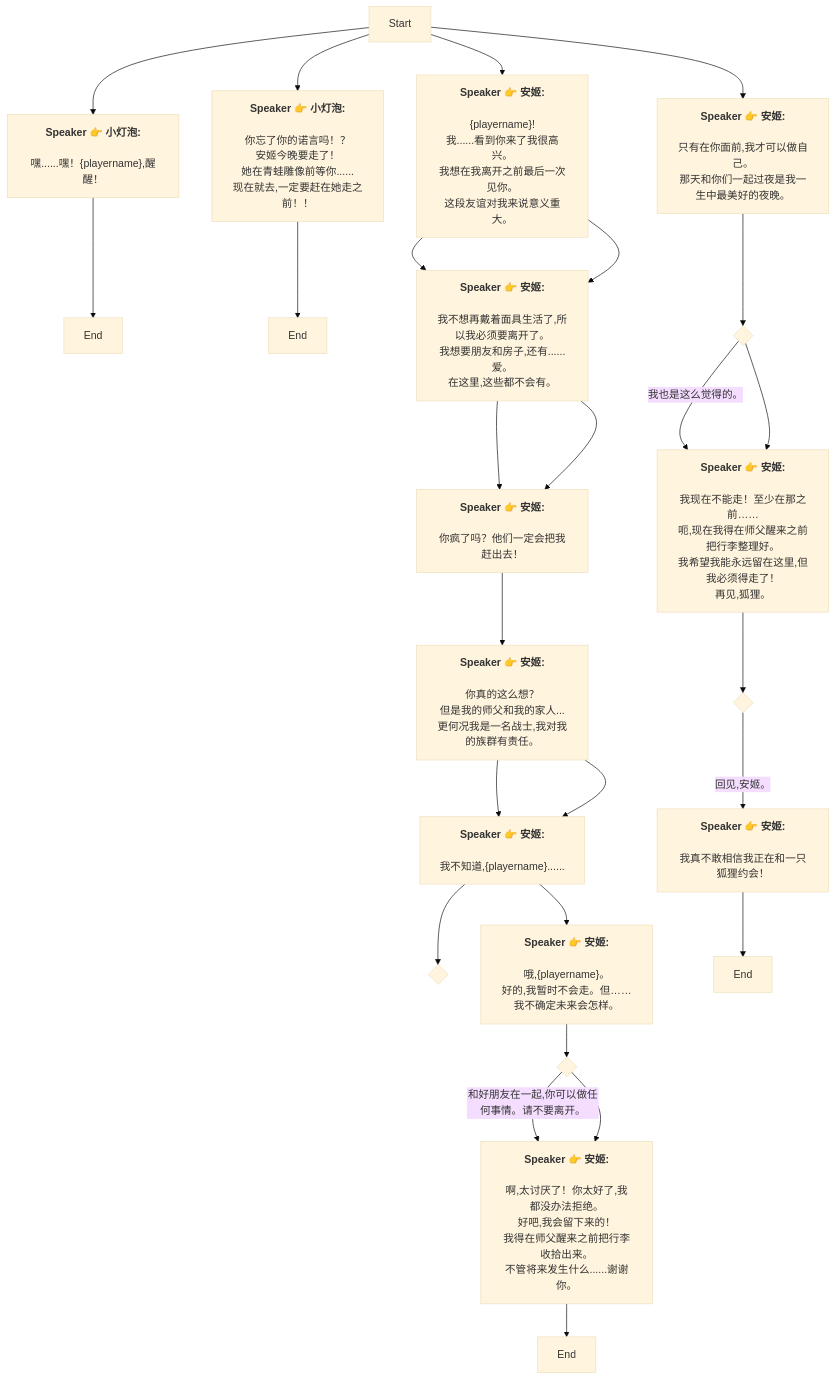
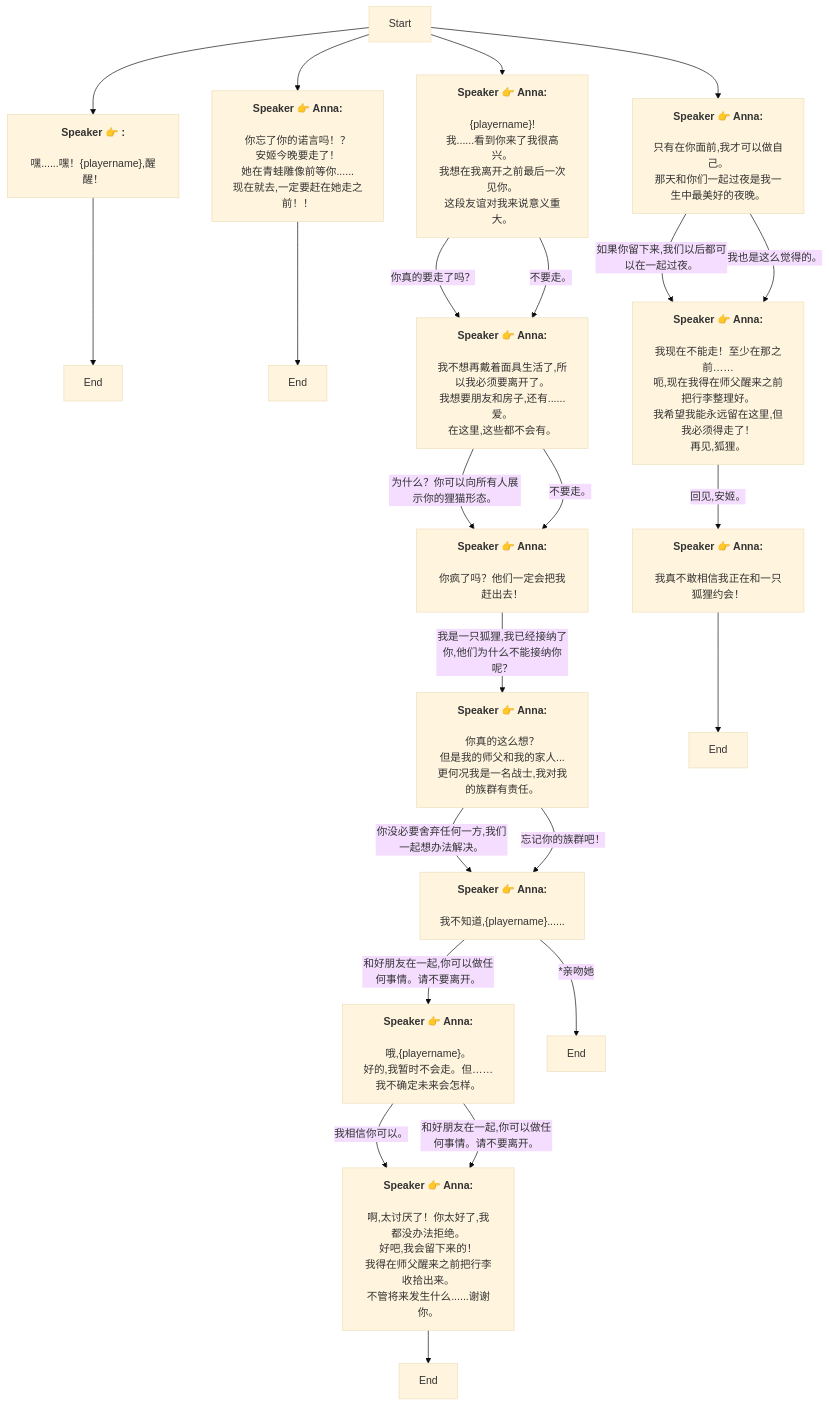
One commit to SoftHu/tos_avg changed the diagram in Zh/heart_4_6_2_9.md. Above: the diagram before and after it, drawn with Mermaid (base theme). The commit also changed 737 other files, not shown here.

````diff
--- a/Zh/heart_4_6_2_9.md
+++ b/Zh/heart_4_6_2_9.md
@@ -1,89 +1,45 @@
 ```mermaid
 graph
-Start -->1766672157337891[<b>Speaker 👉 小灯泡:</b>
-
-嘿......嘿！&lbrace;playername&rbrace;,醒醒！]
+Start -->1766672157337891[<b>Speaker 👉 :</b>
+\n嘿......嘿！&lbrace;playername&rbrace;,醒醒！]
 1766672157337891 -->1766681055228200[End]
-Start -->1766681208037674[<b>Speaker 👉 小灯泡:</b>
-
-你忘了你的诺言吗！？
-安姬今晚要走了！
-她在青蛙雕像前等你......
-现在就去,一定要赶在她走之前！！]
+Start -->1766681208037674[<b>Speaker 👉 Anna:</b>
+\n你忘了你的诺言吗！？\n安姬今晚要走了！\n她在青蛙雕像前等你......\n现在就去,一定要赶在她走之前！！]
 1766681208037674 -->1766685341910398[End]
-Start -->1766681352883506[<b>Speaker 👉 安姬:</b>
-
-&lbrace;playername&rbrace;!
-我......看到你来了我很高兴。
-我想在我离开之前最后一次见你。
-这段友谊对我来说意义重大。]
-1766681352883506 -->1766686399488482[<b>Speaker 👉 安姬:</b>
-
-我不想再戴着面具生活了,所以我必须要离开了。
-我想要朋友和房子,还有......爱。
-在这里,这些都不会有。]
-1766681352883506 -->1766686399488482[<b>Speaker 👉 安姬:</b>
-
-我不想再戴着面具生活了,所以我必须要离开了。
-我想要朋友和房子,还有......爱。
-在这里,这些都不会有。]
-1766686399488482 -->1766686528492008[<b>Speaker 👉 安姬:</b>
-
-你疯了吗？他们一定会把我赶出去！]
-1766686399488482 -->1766686528492008[<b>Speaker 👉 安姬:</b>
-
-你疯了吗？他们一定会把我赶出去！]
-1766686528492008 -->1766686621164014[<b>Speaker 👉 安姬:</b>
-
-你真的这么想？
-但是我的师父和我的家人...
-更何况我是一名战士,我对我的族群有责任。]
-1766686621164014 -->1766686682965492[<b>Speaker 👉 安姬:</b>
-
-我不知道,&lbrace;playername&rbrace;......]
-1766686621164014 -->1766686682965492[<b>Speaker 👉 安姬:</b>
-
-我不知道,&lbrace;playername&rbrace;......]
-1766686682965492 -->1766686720384506{ }
-1766686682965492 -->1766686745538043[<b>Speaker 👉 安姬:</b>
-
-哦,&lbrace;playername&rbrace;。
-好的,我暂时不会走。但……我不确定未来会怎样。]
-1766686745538043 -->1766686774106624{ }
-1766686774106624 -->|和好朋友在一起,你可以做任何事情。请不要离开。|1766686821873154[<b>Speaker 👉 安姬:</b>
-
-啊,太讨厌了！你太好了,我都没办法拒绝。
-好吧,我会留下来的！
-我得在师父醒来之前把行李收拾出来。
-不管将来发生什么......谢谢你。]
-1766686774106624 -->1766686821873154[<b>Speaker 👉 安姬:</b>
-
-啊,太讨厌了！你太好了,我都没办法拒绝。
-好吧,我会留下来的！
-我得在师父醒来之前把行李收拾出来。
-不管将来发生什么......谢谢你。]
+Start -->1766681352883506[<b>Speaker 👉 Anna:</b>
+\n&lbrace;playername&rbrace;!\n我......看到你来了我很高兴。\n我想在我离开之前最后一次见你。\n这段友谊对我来说意义重大。]
+1766681352883506 -->|你真的要走了吗？|1766686399488482[<b>Speaker 👉 Anna:</b>
+\n我不想再戴着面具生活了,所以我必须要离开了。\n我想要朋友和房子,还有......爱。\n在这里,这些都不会有。]
+1766681352883506 -->|不要走。|1766686399488482[<b>Speaker 👉 Anna:</b>
+\n我不想再戴着面具生活了,所以我必须要离开了。\n我想要朋友和房子,还有......爱。\n在这里,这些都不会有。]
+1766686399488482 -->|为什么？你可以向所有人展示你的狸猫形态。|1766686528492008[<b>Speaker 👉 Anna:</b>
+\n你疯了吗？他们一定会把我赶出去！]
+1766686399488482 -->|不要走。|1766686528492008[<b>Speaker 👉 Anna:</b>
+\n你疯了吗？他们一定会把我赶出去！]
+1766686528492008 -->|我是一只狐狸,我已经接纳了你,他们为什么不能接纳你呢？|1766686621164014[<b>Speaker 👉 Anna:</b>
+\n你真的这么想？\n但是我的师父和我的家人...\n更何况我是一名战士,我对我的族群有责任。]
+1766686621164014 -->|你没必要舍弃任何一方,我们一起想办法解决。|1766686682965492[<b>Speaker 👉 Anna:</b>
+\n我不知道,&lbrace;playername&rbrace;......]
+1766686621164014 -->|忘记你的族群吧！|1766686682965492[<b>Speaker 👉 Anna:</b>
+\n我不知道,&lbrace;playername&rbrace;......]
+1766686682965492 -->|和好朋友在一起,你可以做任何事情。请不要离开。|1766686745538043[<b>Speaker 👉 Anna:</b>
+\n哦,&lbrace;playername&rbrace;。\n好的,我暂时不会走。但……我不确定未来会怎样。]
+1766686682965492 -->|*亲吻她|1766686807014913[End]
+1766686745538043 -->|我相信你可以。|1766686821873154[<b>Speaker 👉 Anna:</b>
+\n啊,太讨厌了！你太好了,我都没办法拒绝。\n好吧,我会留下来的！\n我得在师父醒来之前把行李收拾出来。\n不管将来发生什么......谢谢你。]
+1766686745538043 -->|和好朋友在一起,你可以做任何事情。请不要离开。|1766686821873154[<b>Speaker 👉 Anna:</b>
+\n啊,太讨厌了！你太好了,我都没办法拒绝。\n好吧,我会留下来的！\n我得在师父醒来之前把行李收拾出来。\n不管将来发生什么......谢谢你。]
 1766686821873154 -->1766686858170883[End]
-Start -->1766686900719109[<b>Speaker 👉 安姬:</b>
-
-只有在你面前,我才可以做自己。
-那天和你们一起过夜是我一生中最美好的夜晚。]
-1766686900719109 -->1766686927494666{ }
-1766686927494666 -->|我也是这么觉得的。|1766686953551371[<b>Speaker 👉 安姬:</b>
-
-我现在不能走！至少在那之前……
-呃,现在我得在师父醒来之前把行李整理好。
-我希望我能永远留在这里,但我必须得走了！
+Start -->1766686900719109[<b>Speaker 👉 Anna:</b>
+\n只有在你面前,我才可以做自己。\n那天和你们一起过夜是我一生中最美好的夜晚。]
+1766686900719109 -->|如果你留下来,我们以后都可以在一起过夜。|1766686953551371[<b>Speaker 👉 Anna:</b>
+\n我现在不能走！至少在那之前……\n呃,现在我得在师父醒来之前把行李整理好。\n我希望我能永远留在这里,但我必须得走了！
 再见,狐狸。]
-1766686927494666 -->1766686953551371[<b>Speaker 👉 安姬:</b>
-
-我现在不能走！至少在那之前……
-呃,现在我得在师父醒来之前把行李整理好。
-我希望我能永远留在这里,但我必须得走了！
+1766686900719109 -->|我也是这么觉得的。|1766686953551371[<b>Speaker 👉 Anna:</b>
+\n我现在不能走！至少在那之前……\n呃,现在我得在师父醒来之前把行李整理好。\n我希望我能永远留在这里,但我必须得走了！
 再见,狐狸。]
-1766686953551371 -->1766686979208720{ }
-1766686979208720 -->|回见,安姬。|1766687001349649[<b>Speaker 👉 安姬:</b>
-
-我真不敢相信我正在和一只狐狸约会！]
+1766686953551371 -->|回见,安姬。|1766687001349649[<b>Speaker 👉 Anna:</b>
+\n我真不敢相信我正在和一只狐狸约会！]
 1766687001349649 -->1766687019647507[End]
 
- ```
+```
````
